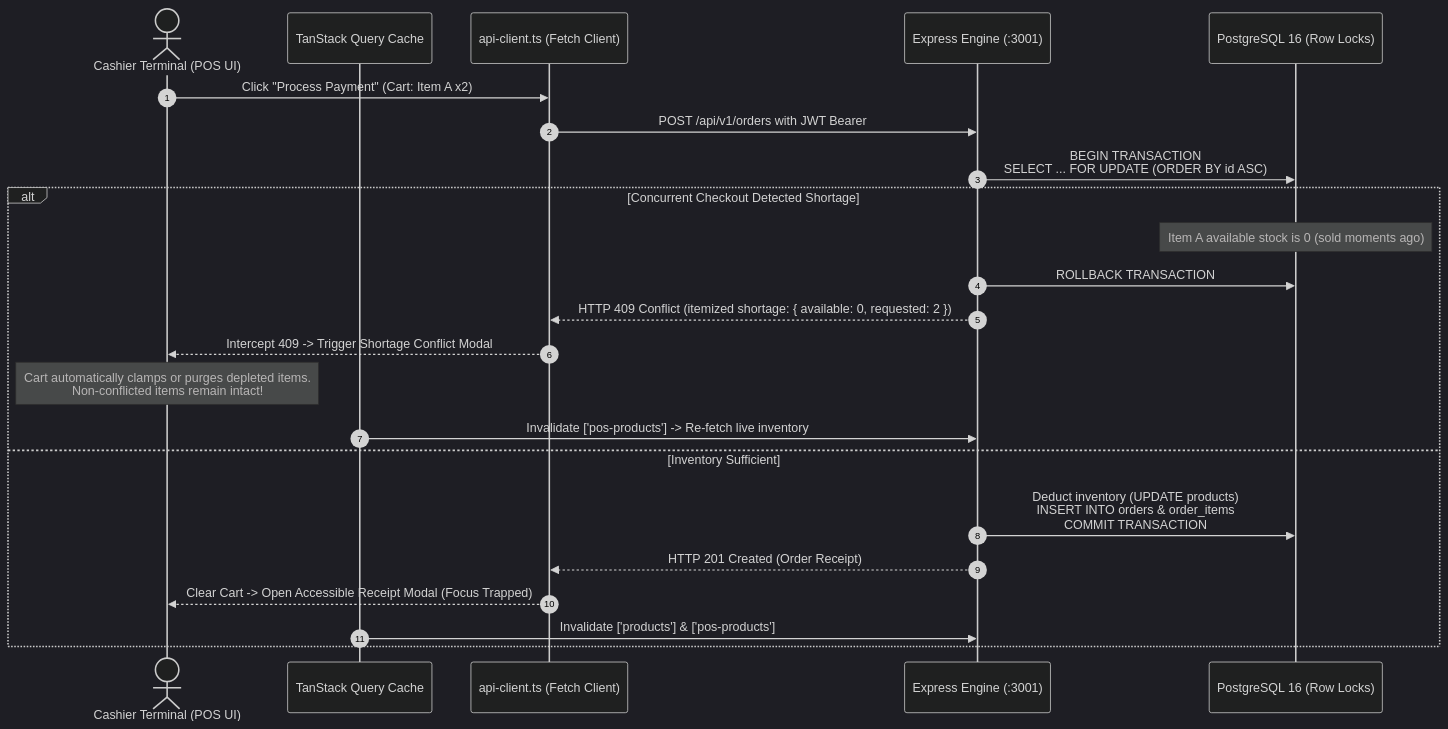
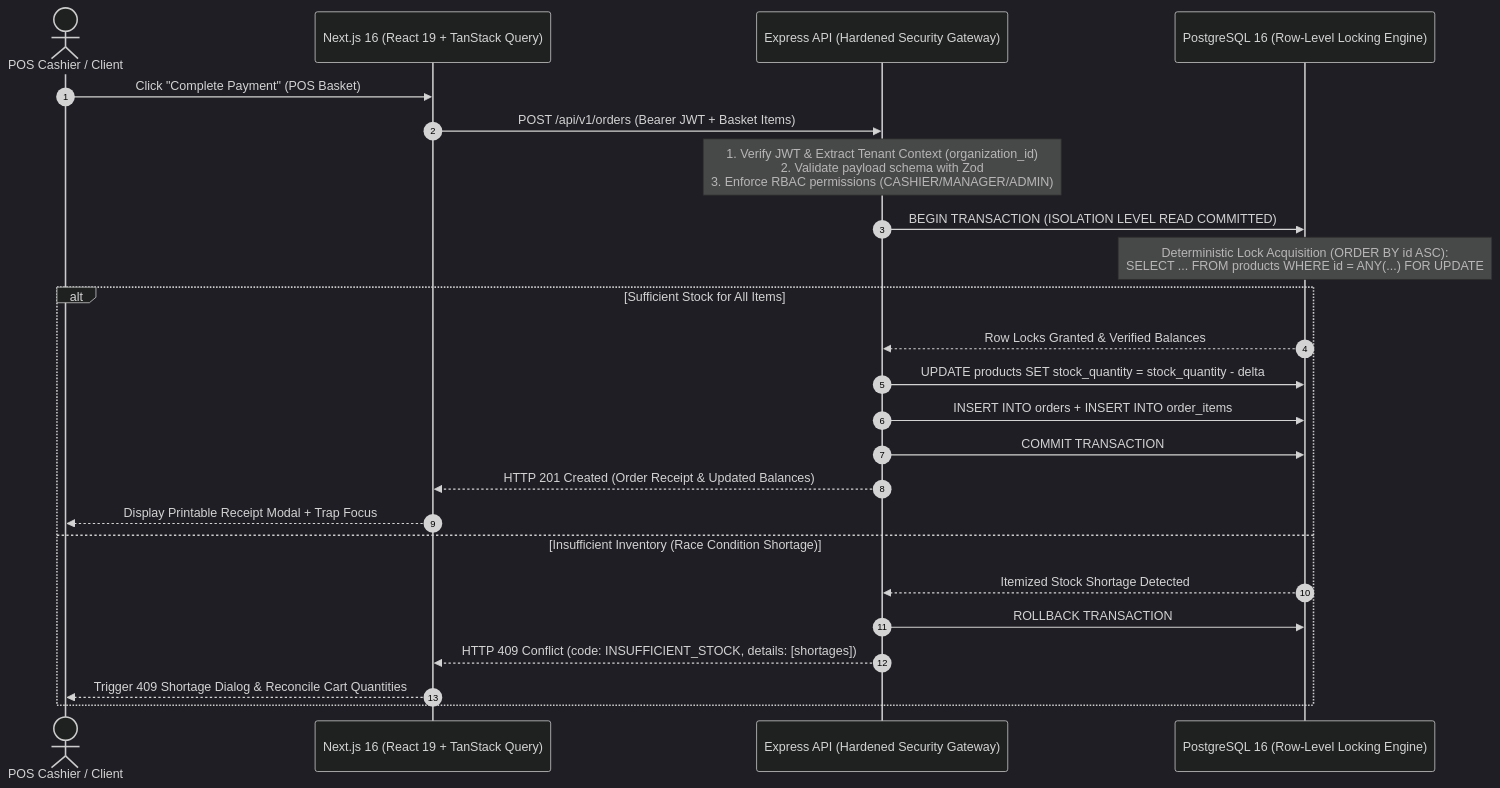
The diagram in README.md (shatwiks/StockPulse-Multi-Tenant-Inventory-Order-Engine), drawn with Mermaid (dark theme) before and after one commit. The commit also changed other lines of this file and 20 other files, not shown here.

````diff
--- a/README.md
+++ b/README.md
@@ -658,27 +31,31 @@
 ```mermaid
 sequenceDiagram
     autonumber
-    actor Cashier as Cashier Terminal (POS UI)
-    participant Query as TanStack Query Cache
-    participant API as api-client.ts (Fetch Client)
-    participant Server as Express Engine (:3001)
-    participant DB as PostgreSQL 16 (Row Locks)
+    actor Cashier as POS Cashier / Client
+    participant Frontend as Next.js 16 (React 19 + TanStack Query)
+    participant API as Express API (Hardened Security Gateway)
+    participant DB as PostgreSQL 16 (Row-Level Locking Engine)
 
-    Cashier->>API: Click "Process Payment" (Cart: Item A x2)
-    API->>Server: POST /api/v1/orders with JWT Bearer
-    Server->>DB: BEGIN TRANSACTION<br/>SELECT ... FOR UPDATE (ORDER BY id ASC)
+    Cashier->>Frontend: Click "Complete Payment" (POS Basket)
+    Frontend->>API: POST /api/v1/orders (Bearer JWT + Basket Items)
     
-    alt Concurrent Checkout Detected Shortage
-        Note over DB: Item A available stock is 0 (sold moments ago)
-        Server->>DB: ROLLBACK TRANSACTION
-        Server-->>API: HTTP 409 Conflict (itemized shortage: { available: 0, requested: 2 })
-        API-->>Cashier: Intercept 409 -> Trigger Shortage Conflict Modal
-        Note over Cashier: Cart automatically clamps or purges depleted items.<br/>Non-conflicted items remain intact!
-        Query->>Server: Invalidate ['pos-products'] -> Re-fetch live inventory
-    else Inventory Sufficient
-        Server->>DB: Deduct inventory (UPDATE products)<br/>INSERT INTO orders & order_items<br/>COMMIT TRANSACTION
-        Server-->>API: HTTP 201 Created (Order Receipt)
-        API-->>Cashier: Clear Cart -> Open Accessible Receipt Modal (Focus Trapped)
-        Query->>Server: Invalidate ['products'] & ['pos-products']
+    Note over API: 1. Verify JWT & Extract Tenant Context (organization_id)<br/>2. Validate payload schema with Zod<br/>3. Enforce RBAC permissions (CASHIER/MANAGER/ADMIN)
+    
+    API->>DB: BEGIN TRANSACTION (ISOLATION LEVEL READ COMMITTED)
+    
+    Note over DB: Deterministic Lock Acquisition (ORDER BY id ASC):<br/>SELECT ... FROM products WHERE id = ANY(...) FOR UPDATE
+    
+    alt Sufficient Stock for All Items
+        DB-->>API: Row Locks Granted & Verified Balances
+        API->>DB: UPDATE products SET stock_quantity = stock_quantity - delta
+        API->>DB: INSERT INTO orders + INSERT INTO order_items
+        API->>DB: COMMIT TRANSACTION
+        API-->>Frontend: HTTP 201 Created (Order Receipt & Updated Balances)
+        Frontend-->>Cashier: Display Printable Receipt Modal + Trap Focus
+    else Insufficient Inventory (Race Condition Shortage)
+        DB-->>API: Itemized Stock Shortage Detected
+        API->>DB: ROLLBACK TRANSACTION
+        API-->>Frontend: HTTP 409 Conflict (code: INSUFFICIENT_STOCK, details: [shortages])
+        Frontend-->>Cashier: Trigger 409 Shortage Dialog & Reconcile Cart Quantities
     end
 ```
````
